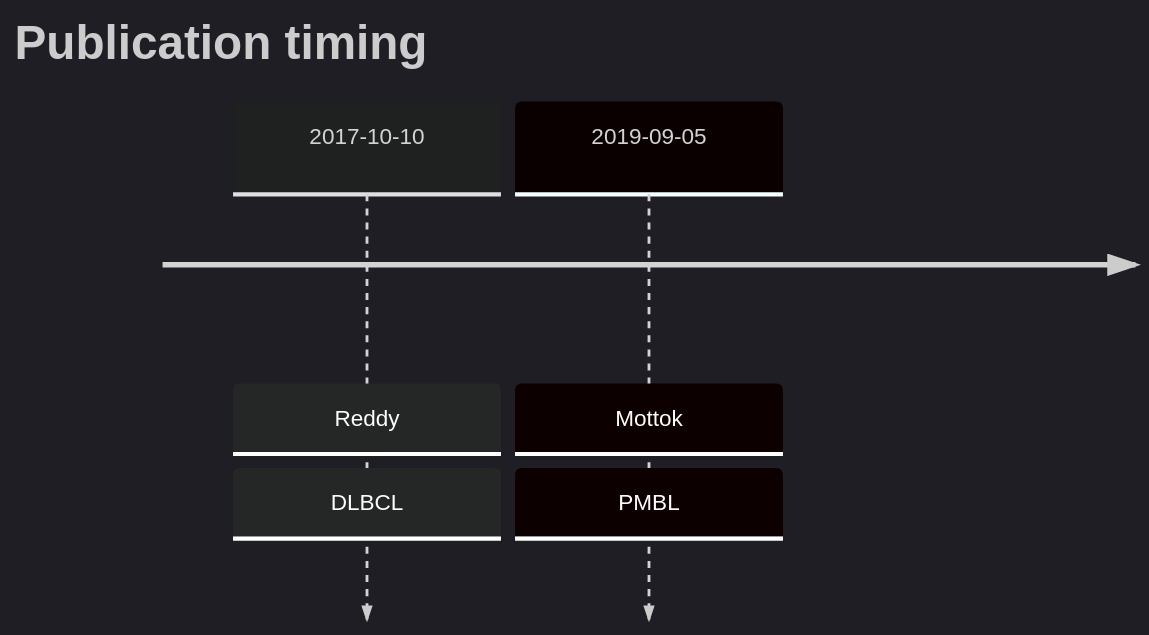
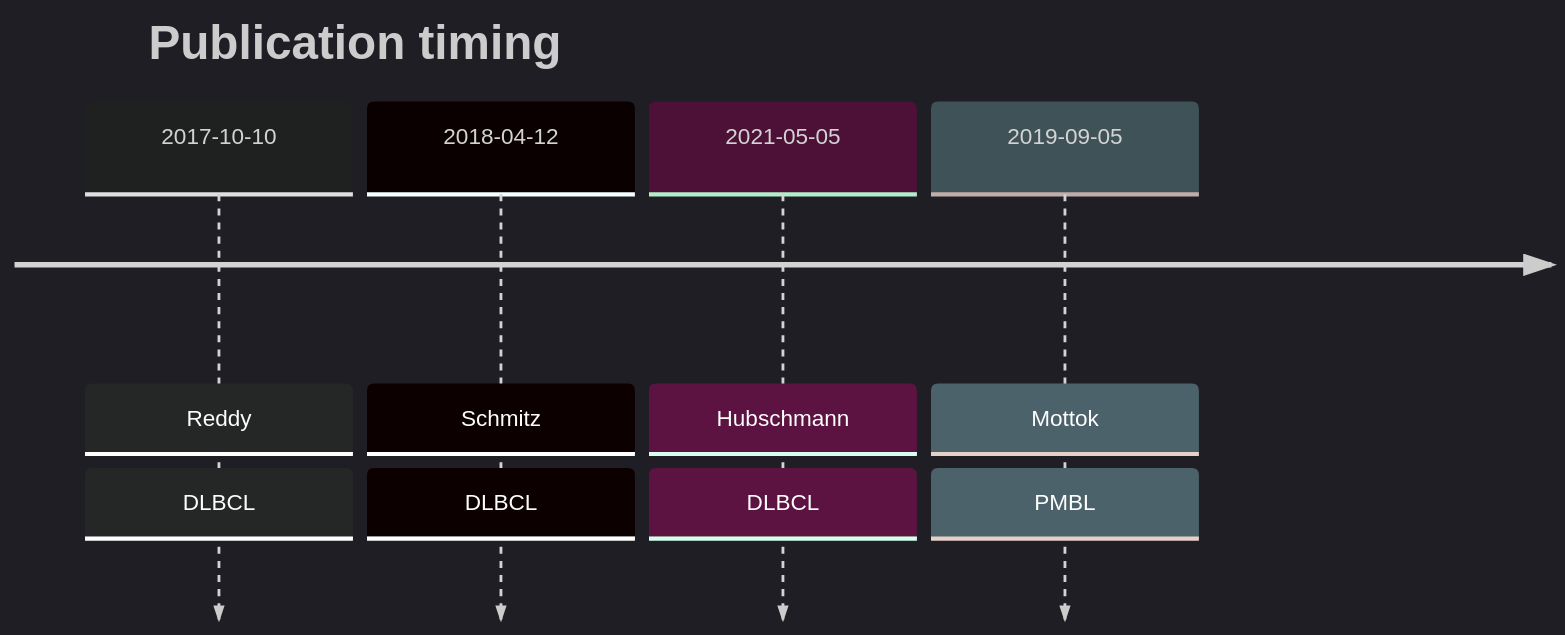
Before and after one commit to morinlab/lymphopedia: the diagram in JUNB.md, drawn with Mermaid. The commit also changed other lines of this file, not shown here.

````diff
--- a/JUNB.md
+++ b/JUNB.md
@@ -12,7 +12,9 @@
 ```mermaid
 %%{init: { 'logLevel': 'debug', 'theme': 'dark' } }%%
 timeline
     title Publication timing
       2017-10-10 : Reddy : DLBCL
+2018-04-12 : Schmitz : DLBCL
+2021-05-05 : Hubschmann : DLBCL
       2019-09-05 : Mottok : PMBL
 ```
````
